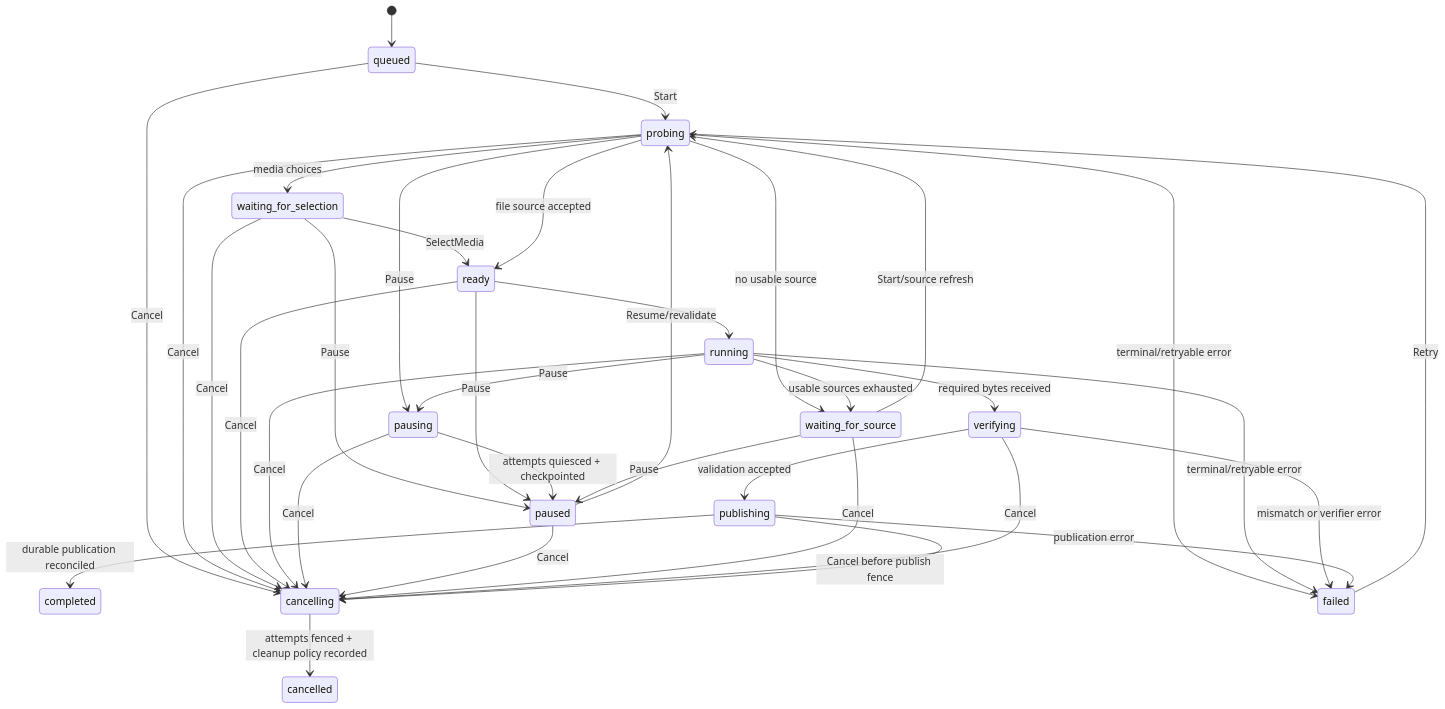
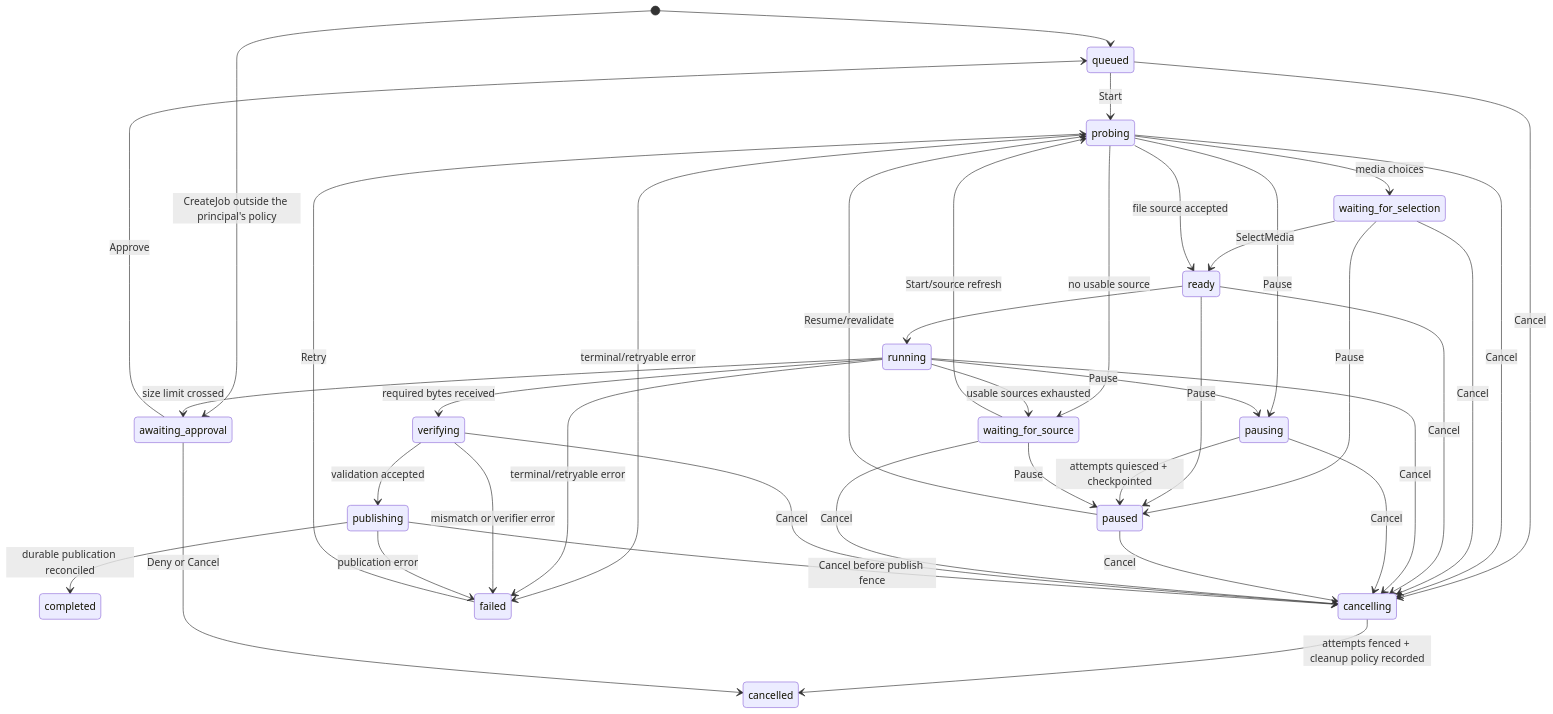
The diagram in docs/architecture/JOB-CONTRACT.md (idcesares/fetchpath), drawn with Mermaid before and after one commit. The commit also changed other lines of this file and 22 other files, not shown here.

First line of the commit message:
feat(engine): principals, agent policy and awaiting_approval (FP-054)

````diff
--- a/docs/architecture/JOB-CONTRACT.md
+++ b/docs/architecture/JOB-CONTRACT.md
@@ -116,38 +116,42 @@
 ```mermaid
 stateDiagram-v2
     [*] --> queued
     queued --> probing: Start
     probing --> waiting_for_selection: media choices
     waiting_for_selection --> ready: SelectMedia
     probing --> ready: file source accepted
     ready --> running
     probing --> pausing: Pause
     waiting_for_selection --> paused: Pause
     ready --> paused: Pause
     running --> pausing: Pause
     pausing --> paused: attempts quiesced + checkpointed
     paused --> probing: Resume/revalidate
     running --> verifying: required bytes received
     verifying --> publishing: validation accepted
     publishing --> completed: durable publication reconciled
     probing --> waiting_for_source: no usable source
     running --> waiting_for_source: usable sources exhausted
     waiting_for_source --> probing: Start/source refresh
     waiting_for_source --> paused: Pause
     queued --> cancelling: Cancel
     probing --> cancelling: Cancel
     waiting_for_selection --> cancelling: Cancel
     ready --> cancelling: Cancel
     running --> cancelling: Cancel
     pausing --> cancelling: Cancel
     paused --> cancelling: Cancel
     waiting_for_source --> cancelling: Cancel
     verifying --> cancelling: Cancel
     publishing --> cancelling: Cancel before publish fence
     cancelling --> cancelled: attempts fenced + cleanup policy recorded
     probing --> failed: terminal/retryable error
     running --> failed: terminal/retryable error
     verifying --> failed: mismatch or verifier error
     publishing --> failed: publication error
     failed --> probing: Retry
+    [*] --> awaiting_approval: CreateJob outside the principal's policy
+    running --> awaiting_approval: size limit crossed
+    awaiting_approval --> queued: Approve
+    awaiting_approval --> cancelled: Deny or Cancel
 ```
````
